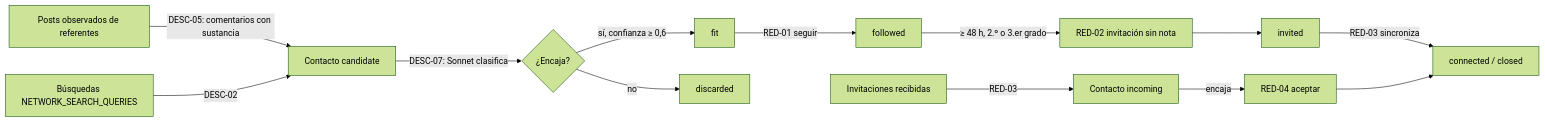
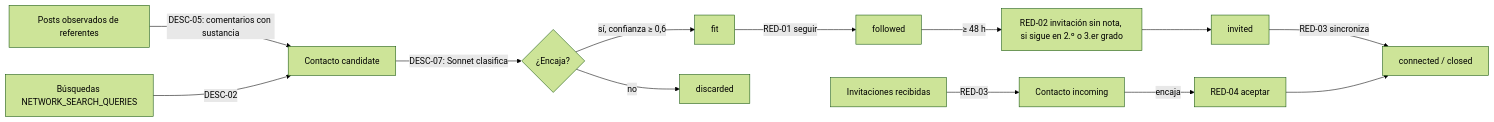
The diagram in agentes-linkedin/infra/docs/red-barrio.md (gustavop-dev/barrio-ai), drawn with Mermaid (forest theme) before and after one commit. The commit also changed other lines of this file and 8 other files, not shown here.

````diff
--- a/agentes-linkedin/infra/docs/red-barrio.md
+++ b/agentes-linkedin/infra/docs/red-barrio.md
@@ -11,14 +11,14 @@
 ```mermaid
 flowchart LR
     O[Posts observados de referentes] -->|DESC-05: comentarios con sustancia| C[Contacto candidate]
     B[Búsquedas NETWORK_SEARCH_QUERIES] -->|DESC-02| C
     I[Invitaciones recibidas] -->|RED-03| N[Contacto incoming]
     C -->|DESC-07: Sonnet clasifica| F{¿Encaja?}
     F -->|sí, confianza ≥ 0,6| FIT[fit]
     F -->|no| X[discarded]
     FIT -->|RED-01 seguir| S[followed]
-    S -->|≥ 48 h, 2.º o 3.er grado| V[RED-02 invitación sin nota]
+    S -->|≥ 48 h| V[RED-02 invitación sin nota, si sigue en 2.º o 3.er grado]
     V --> INV[invited]
     INV -->|RED-03 sincroniza| K[connected / closed]
     N -->|encaja| A[RED-04 aceptar] --> K
 ```
````
